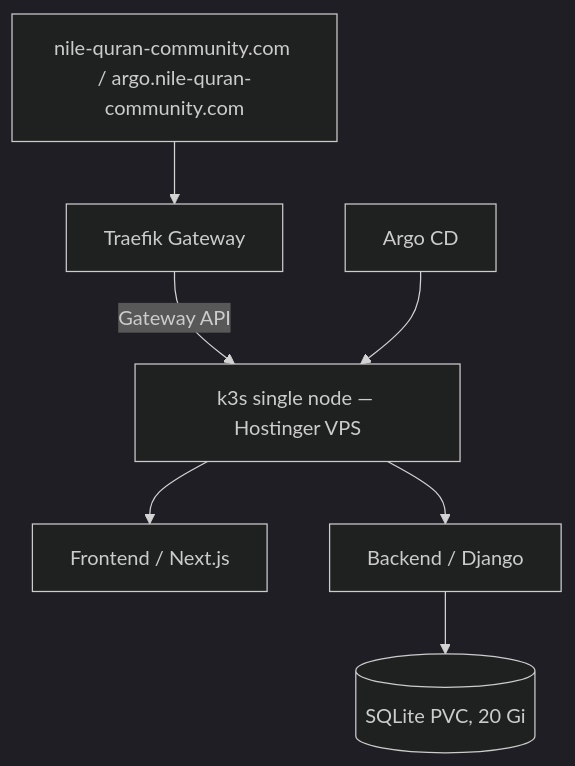
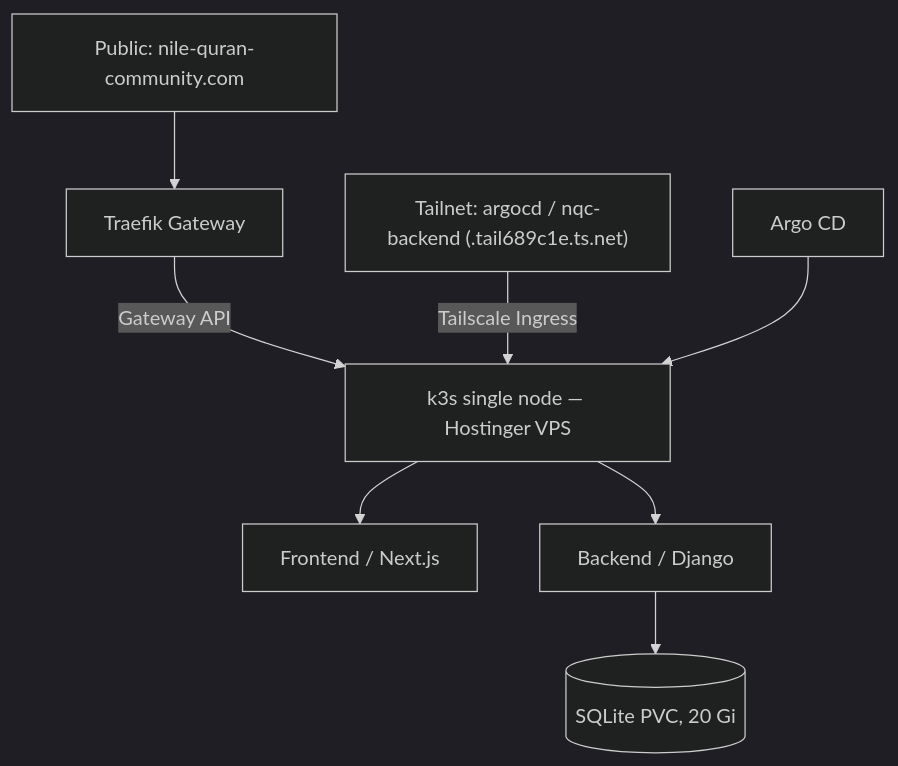
Before and after one commit to nile-quran-community/infra: the diagram in README.md, drawn with Mermaid (dark theme). The commit also changed other lines of this file and 2 other files, not shown here.

````diff
--- a/README.md
+++ b/README.md
@@ -9,11 +9,13 @@
 ```mermaid
 flowchart TB
-    users["nile-quran-community.com / argo.nile-quran-community.com"]
+    users["Public: nile-quran-community.com"]
+    tailnet["Tailnet: argocd / nqc-backend (.tail689c1e.ts.net)"]
     gw[Traefik Gateway] -->|Gateway API| k3s
     users --> gw
+    tailnet -->|Tailscale Ingress| k3s
     k3s[k3s single node — Hostinger VPS]
     argocd[Argo CD] --> k3s
     k3s --> fe[Frontend / Next.js]
     k3s --> be[Backend / Django]
     be --> db[(SQLite PVC, 20 Gi)]
 ```
````
